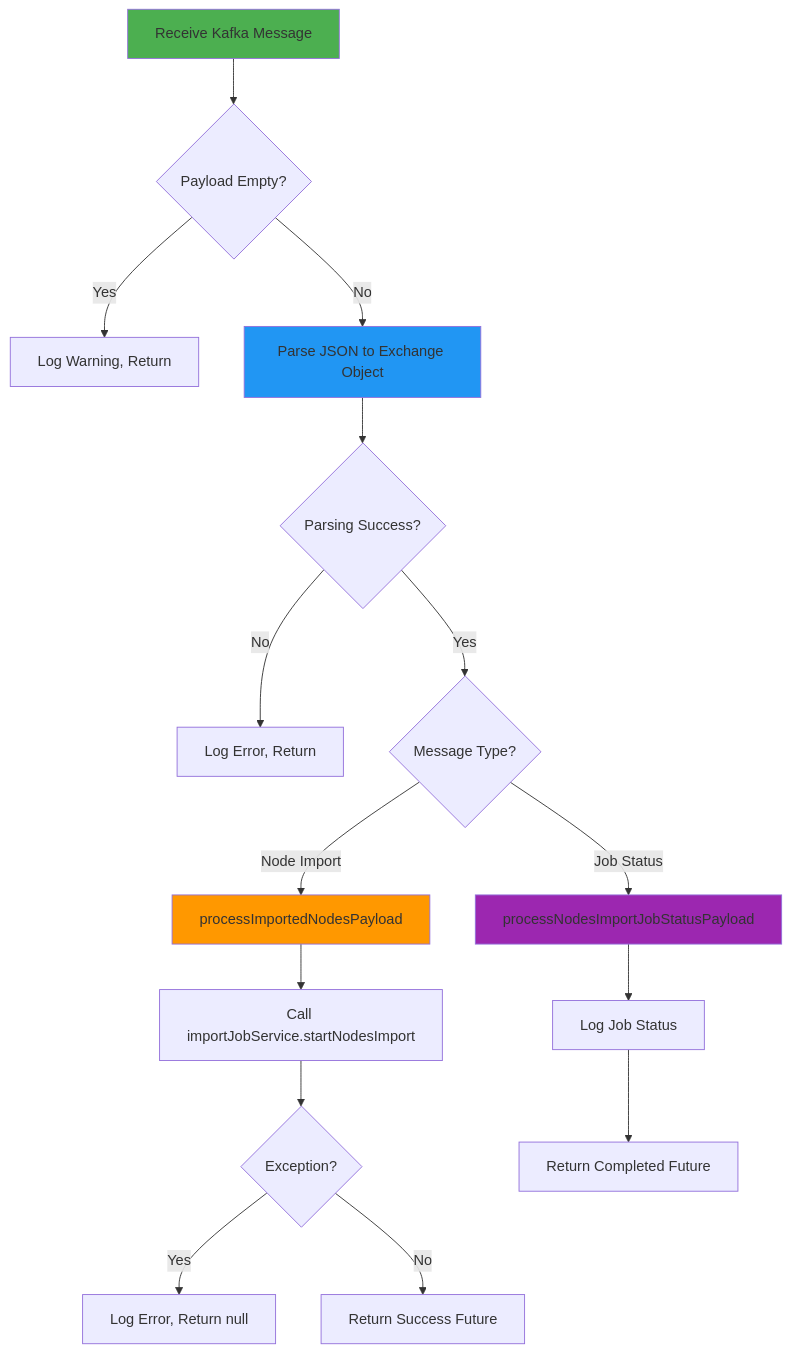
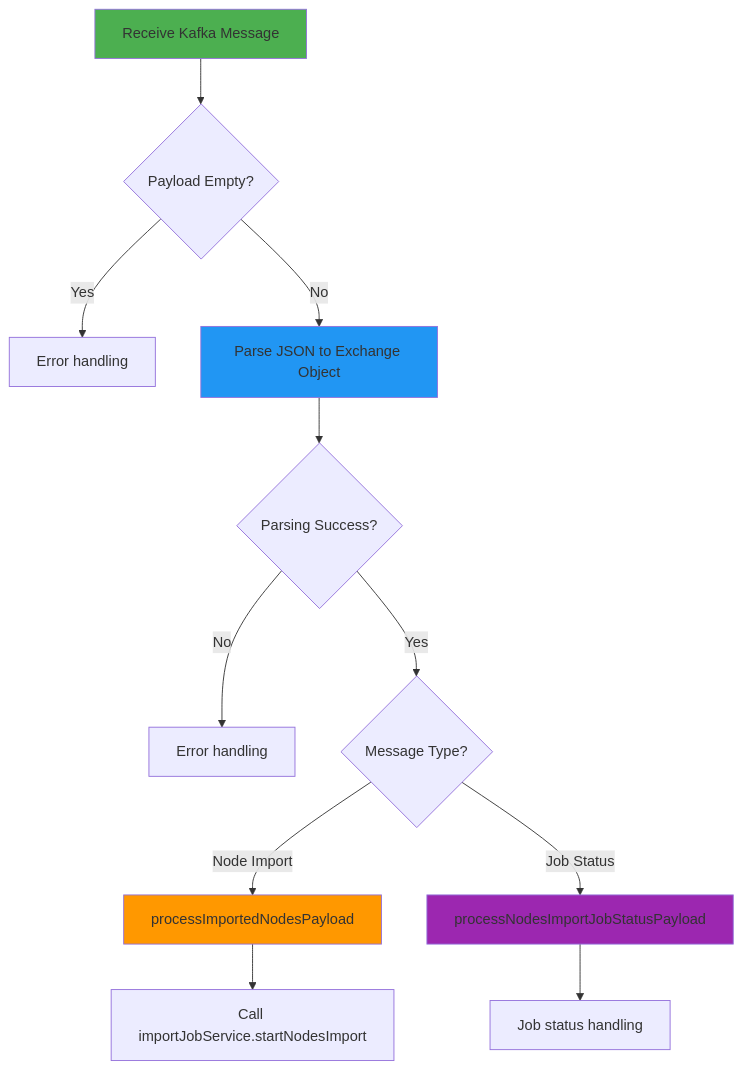
One commit to kagit00/schedule_x changed the seventh of 27 diagrams in docs/Low Level Designs/NodesImport.md. Above: the diagram before and after it, drawn with Mermaid. The commit also changed other lines of this file and 7 other files, not shown here.

````diff
--- a/docs/Low Level Designs/NodesImport.md
+++ b/docs/Low Level Designs/NodesImport.md
@@ -334,27 +281,21 @@
 ```mermaid
 flowchart TD
     A[Receive Kafka Message] --> B{Payload Empty?}
-    B -->|Yes| C[Log Warning, Return]
+    B -->|Yes| C[Error handling]
     B -->|No| D[Parse JSON to Exchange Object]
     
     D --> E{Parsing Success?}
-    E -->|No| F[Log Error, Return]
+    E -->|No| F[Error handling]
     E -->|Yes| G{Message Type?}
     
     G -->|Node Import| H[processImportedNodesPayload]
     G -->|Job Status| I[processNodesImportJobStatusPayload]
     
     H --> J[Call importJobService.startNodesImport]
-    I --> K[Log Job Status]
-    
-    J --> L{Exception?}
-    K --> M[Return Completed Future]
-    
-    L -->|Yes| N[Log Error, Return null]
-    L -->|No| O[Return Success Future]
+    I --> K[Job status handling]
     
     style A fill:#4CAF50
     style D fill:#2196F3
     style H fill:#FF9800
     style I fill:#9C27B0
 ```
````
